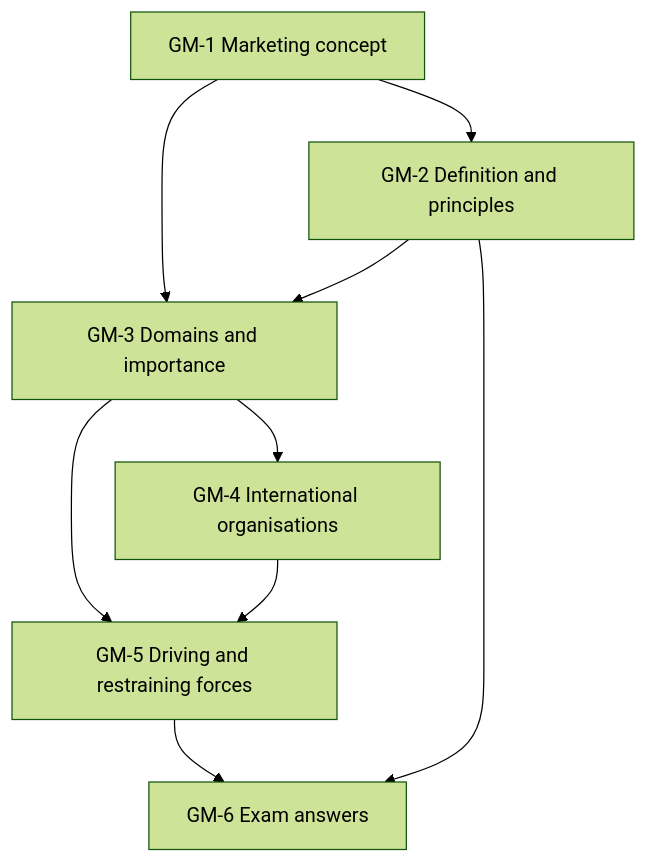
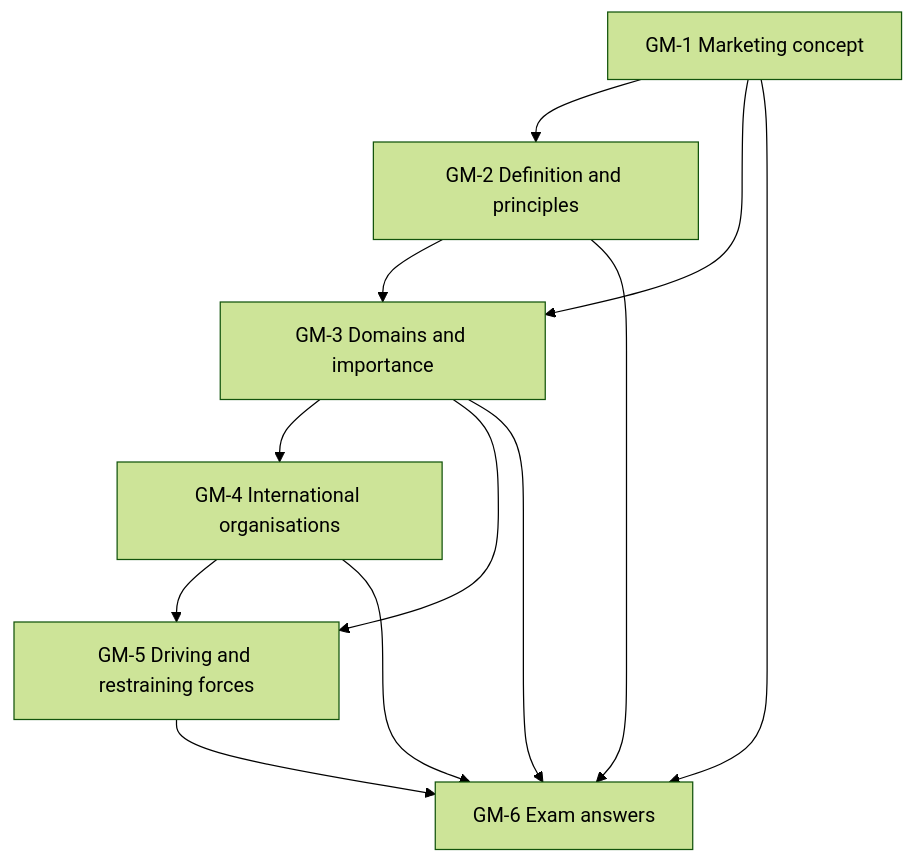
Before and after one commit to Lokiragnarock/ahhh: the diagram in content/recall/international-marketing/International Marketing Unit 1 - Global Marketing MOC (Node Map).md, drawn with Mermaid (forest theme). The commit also changed other lines of this file and 6 other files, not shown here.

````diff
--- a/content/recall/international-marketing/International Marketing Unit 1 - Global Marketing MOC (Node Map).md
+++ b/content/recall/international-marketing/International Marketing Unit 1 - Global Marketing MOC (Node Map).md
@@ -29,11 +29,14 @@
 ```mermaid
 graph TD
     GM1["GM-1 Marketing concept"] --> GM2["GM-2 Definition and principles"]
     GM1 --> GM3["GM-3 Domains and importance"]
     GM2 --> GM3
     GM3 --> GM4["GM-4 International organisations"]
     GM3 --> GM5["GM-5 Driving and restraining forces"]
     GM4 --> GM5
     GM5 --> GM6["GM-6 Exam answers"]
     GM2 --> GM6
+    GM1 --> GM6
+    GM3 --> GM6
+    GM4 --> GM6
 ```
````
